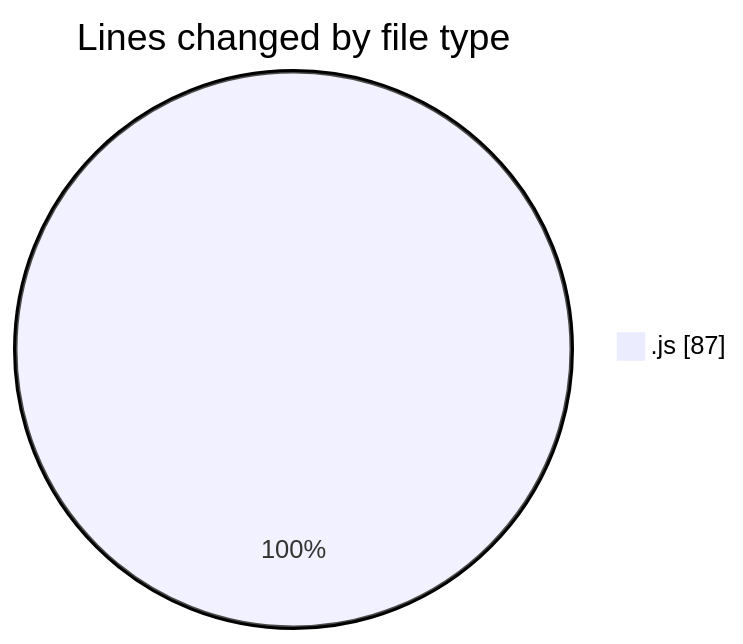
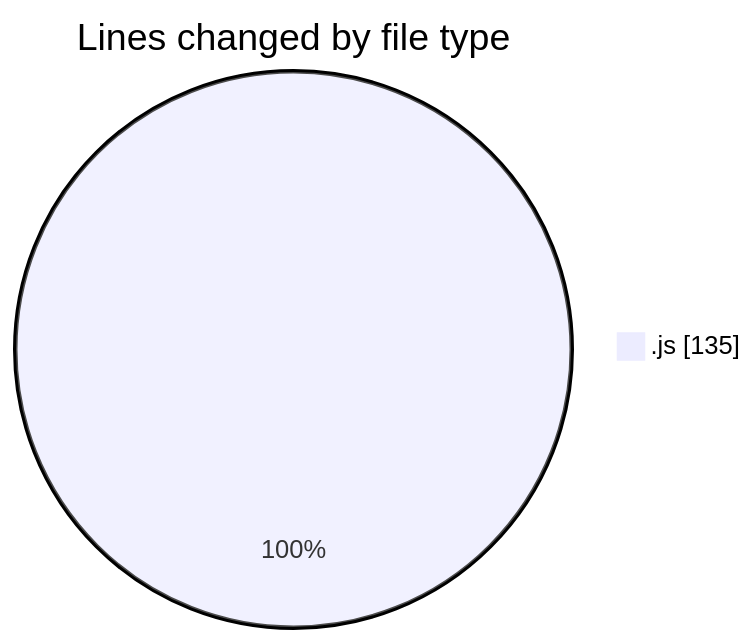
One commit to momahboobian/code-tracking changed the first of 2 diagrams in 2026-08-21/cda/README.md. Above: the diagram before and after it, drawn with Mermaid. The commit also changed other lines of this file and 1 other file, not shown here.

````diff
--- a/2026-08-21/cda/README.md
+++ b/2026-08-21/cda/README.md
@@ -22,5 +23,5 @@
 ```mermaid
 pie showData
 title Lines changed by file type
-".js" : 87
+".js" : 135
 ```
````
